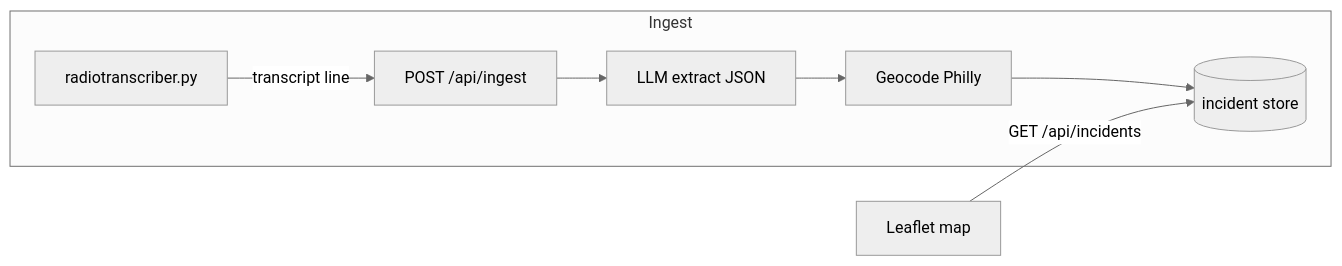
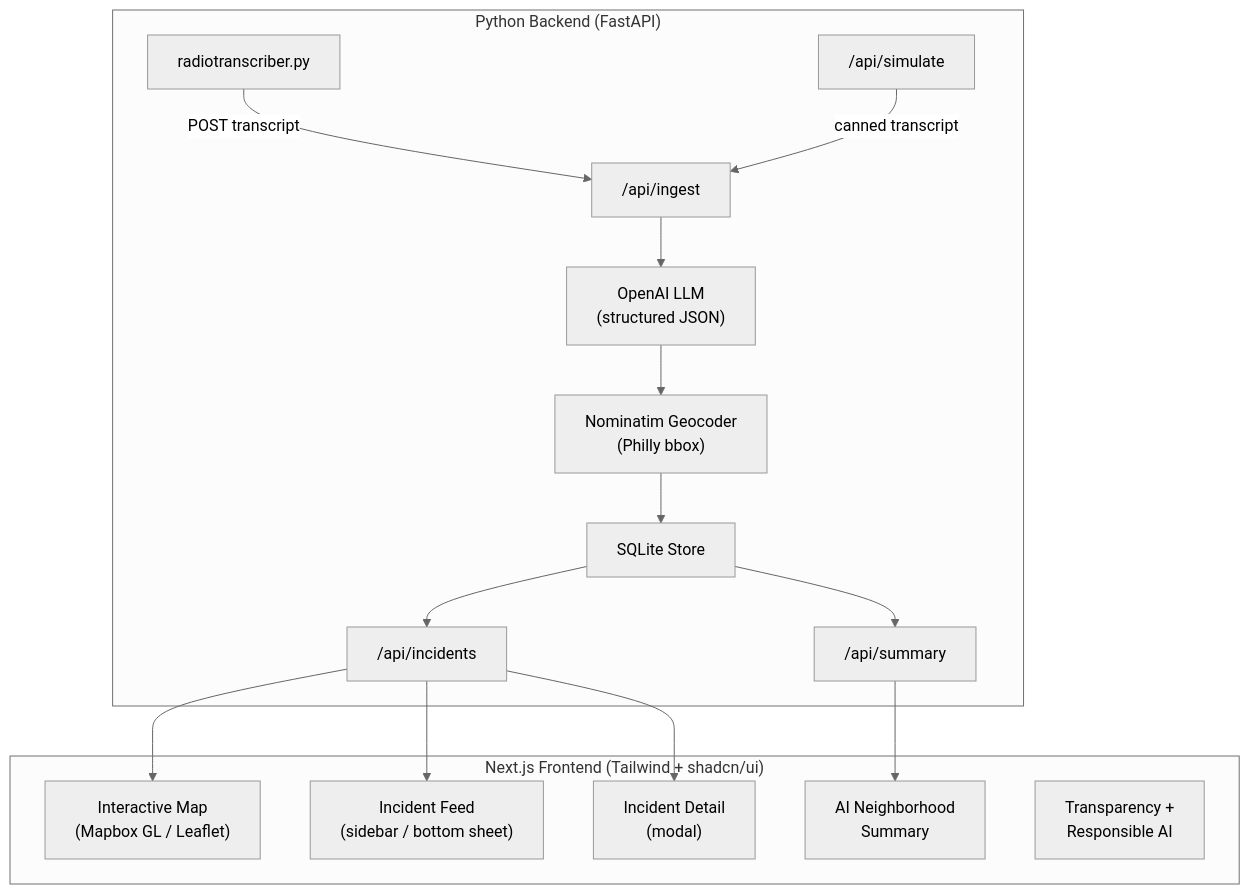
Before and after one commit to EYoung21/CityPulse: the diagram in docs/philly-pulse-plan.md, drawn with Mermaid (neutral theme). The commit also changed other lines of this file, not shown here.

````diff
--- a/docs/philly-pulse-plan.md
+++ b/docs/philly-pulse-plan.md
@@ -47,15 +65,25 @@
 ```mermaid
-flowchart LR
-  subgraph ingest [Ingest]
-    RT[radiotranscriber.py]
-    API[POST /api/ingest]
-    LLM[LLM extract JSON]
-    GEO[Geocode Philly]
-    DB[(incident store)]
+flowchart TB
+  subgraph backend ["Python Backend (FastAPI)"]
+    RT[radiotranscriber.py] -->|POST transcript| Ingest["/api/ingest"]
+    Sim["/api/simulate"] -->|canned transcript| Ingest
+    Ingest --> LLM["OpenAI LLM\n(structured JSON)"]
+    LLM --> Geo["Nominatim Geocoder\n(Philly bbox)"]
+    Geo --> DB["SQLite Store"]
+    DB --> IncAPI["/api/incidents"]
+    DB --> SumAPI["/api/summary"]
   end
-  RT -->|transcript line| API
-  API --> LLM
-  LLM --> GEO
-  GEO --> DB
-  UI[Leaflet map] -->|GET /api/incidents| DB
+
+  subgraph frontend ["Next.js Frontend (Tailwind + shadcn/ui)"]
+    Map["Interactive Map\n(Mapbox GL / Leaflet)"]
+    Feed["Incident Feed\n(sidebar / bottom sheet)"]
+    Detail["Incident Detail\n(modal)"]
+    Summary["AI Neighborhood\nSummary"]
+    About["Transparency +\nResponsible AI"]
+  end
+
+  IncAPI --> Map
+  IncAPI --> Feed
+  IncAPI --> Detail
+  SumAPI --> Summary
 ```
````
